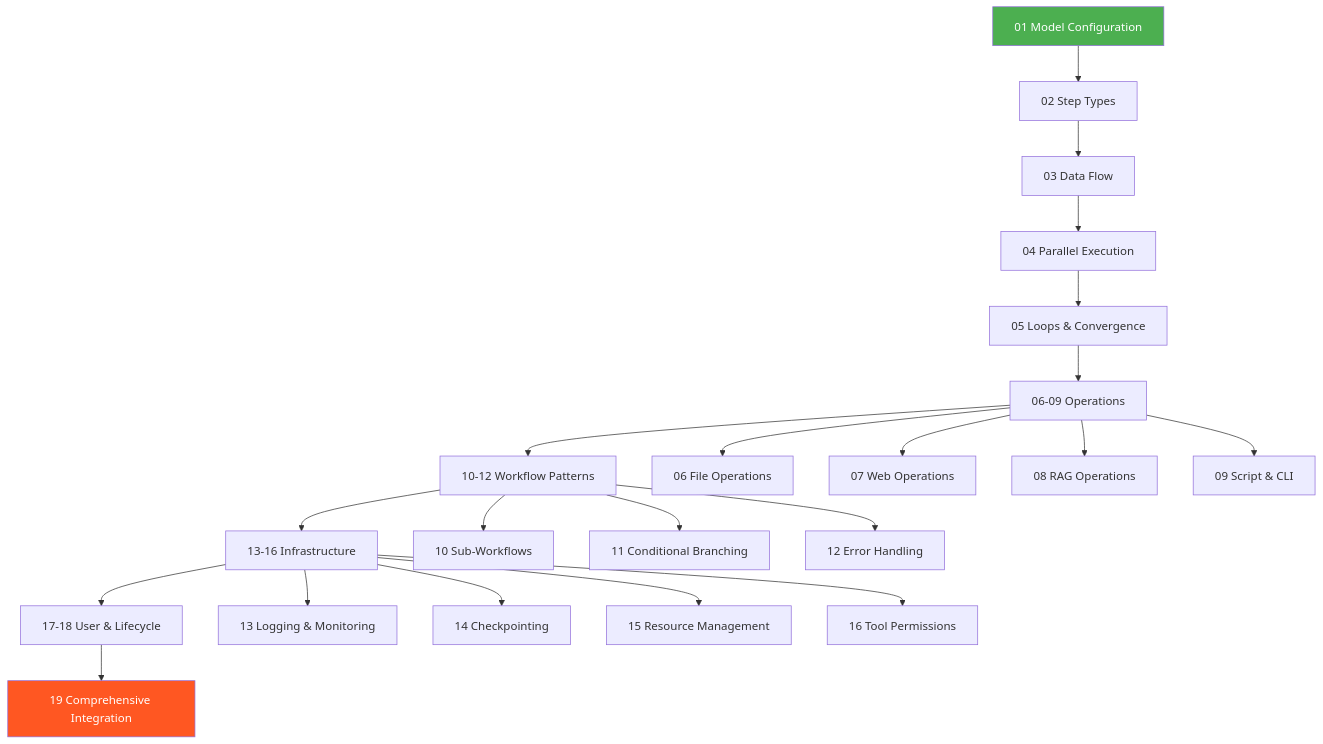
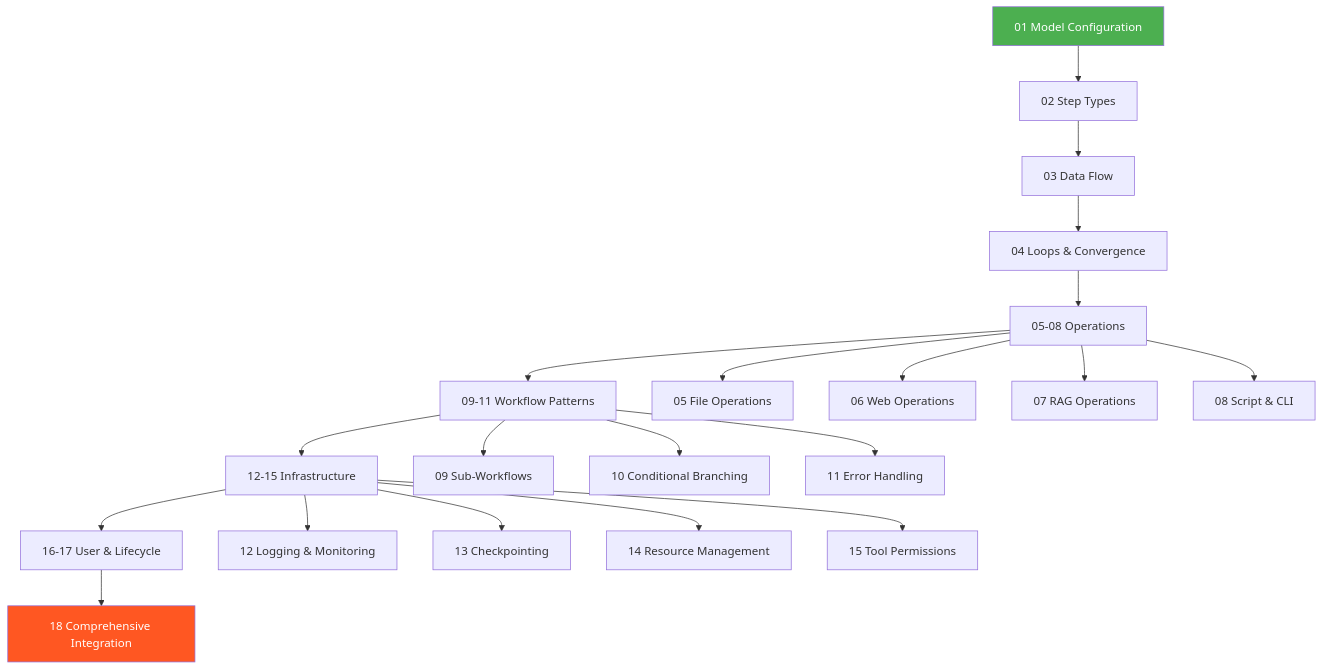
One commit to penwoodj/whitt-execution-engine changed the diagram in docs/workflows/examples/requirements-oriented-auto/README.md. Above: the diagram before and after it, drawn with Mermaid. The commit also changed other lines of this file and 260 other files, not shown here.

````diff
--- a/docs/workflows/examples/requirements-oriented-auto/README.md
+++ b/docs/workflows/examples/requirements-oriented-auto/README.md
@@ -14,29 +14,28 @@
 ```mermaid
 graph TD
     A["01 Model Configuration"] --> B["02 Step Types"]
     B --> C["03 Data Flow"]
-    C --> D["04 Parallel Execution"]
-    D --> E["05 Loops & Convergence"]
-    E --> F["06-09 Operations"]
-    F --> G["10-12 Workflow Patterns"]
-    G --> H["13-16 Infrastructure"]
-    H --> I["17-18 User & Lifecycle"]
-    I --> J["19 Comprehensive Integration"]
+    C --> D["04 Loops & Convergence"]
+    D --> E["05-08 Operations"]
+    E --> F["09-11 Workflow Patterns"]
+    F --> G["12-15 Infrastructure"]
+    G --> H["16-17 User & Lifecycle"]
+    H --> I["18 Comprehensive Integration"]
 
-    F --> F1["06 File Operations"]
-    F --> F2["07 Web Operations"]
-    F --> F3["08 RAG Operations"]
-    F --> F4["09 Script & CLI"]
+    E --> E1["05 File Operations"]
+    E --> E2["06 Web Operations"]
+    E --> E3["07 RAG Operations"]
+    E --> E4["08 Script & CLI"]
 
-    G --> G1["10 Sub-Workflows"]
-    G --> G2["11 Conditional Branching"]
-    G --> G3["12 Error Handling"]
+    F --> F1["09 Sub-Workflows"]
+    F --> F2["10 Conditional Branching"]
+    F --> F3["11 Error Handling"]
 
-    H --> H1["13 Logging & Monitoring"]
-    H --> H2["14 Checkpointing"]
-    H --> H3["15 Resource Management"]
-    H --> H4["16 Tool Permissions"]
+    G --> G1["12 Logging & Monitoring"]
+    G --> G2["13 Checkpointing"]
+    G --> G3["14 Resource Management"]
+    G --> G4["15 Tool Permissions"]
 
     style A fill:#4CAF50,color:#fff
-    style J fill:#FF5722,color:#fff
+    style I fill:#FF5722,color:#fff
 ```
````
